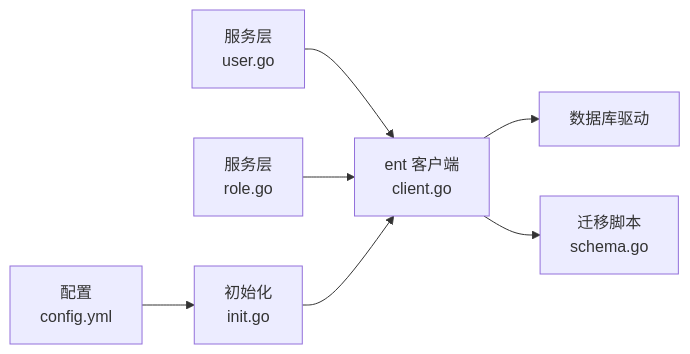
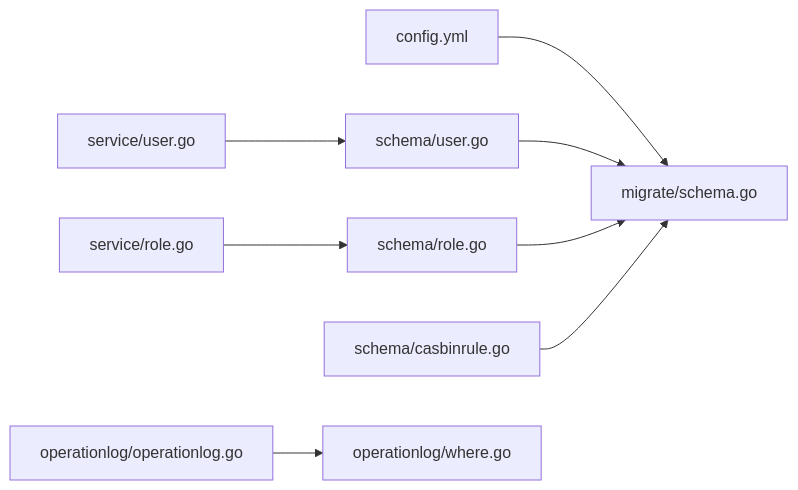
The seventh of 7 diagrams in .qoder/repowiki/zh/content/数据库设计/索引与性能优化.md (wuwuseo/e-sports-go-admin), drawn with Mermaid before and after one commit. The commit also changed other lines of this file and 141 other files, not shown here.

````diff
--- a/.qoder/repowiki/zh/content/数据库设计/索引与性能优化.md
+++ b/.qoder/repowiki/zh/content/数据库设计/索引与性能优化.md
@@ -331,9 +250,10 @@
 ```mermaid
 graph LR
-SUser["服务层<br/>user.go"] --> Client["ent 客户端<br/>client.go"]
-SRole["服务层<br/>role.go"] --> Client
-Client --> Driver["数据库驱动"]
-Client --> Migrate["迁移脚本<br/>schema.go"]
-Init["初始化<br/>init.go"] --> Client
-Cfg["配置<br/>config.yml"] --> Init
+CFG["config.yml"] --> MG["migrate/schema.go"]
+US["schema/user.go"] --> MG
+RL["schema/role.go"] --> MG
+CB["schema/casbinrule.go"] --> MG
+SVU["service/user.go"] --> US
+SVR["service/role.go"] --> RL
+OL["operationlog/operationlog.go"] --> WHEREDuration["operationlog/where.go"]
 ```
````
